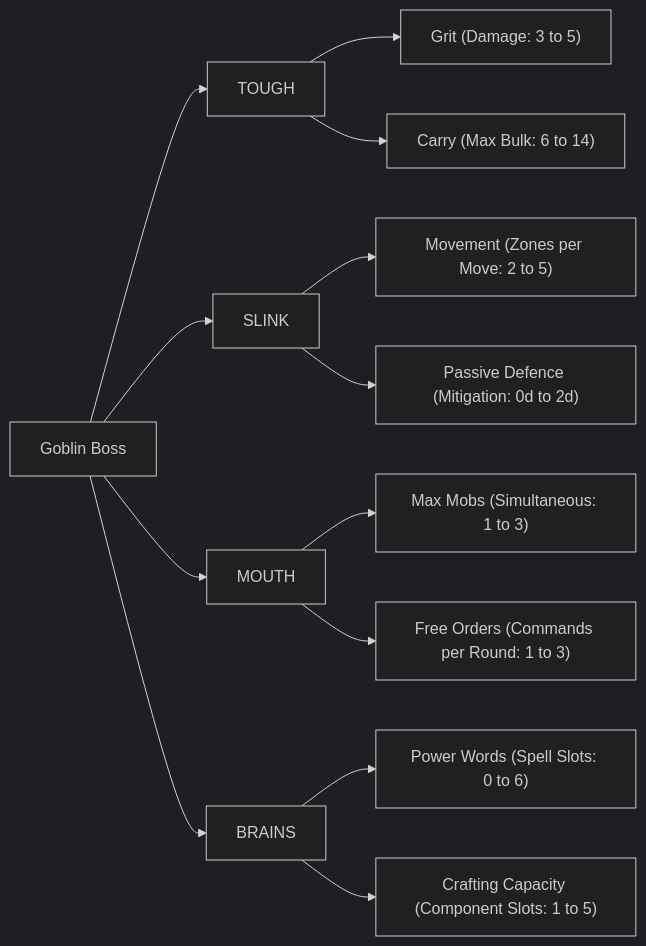
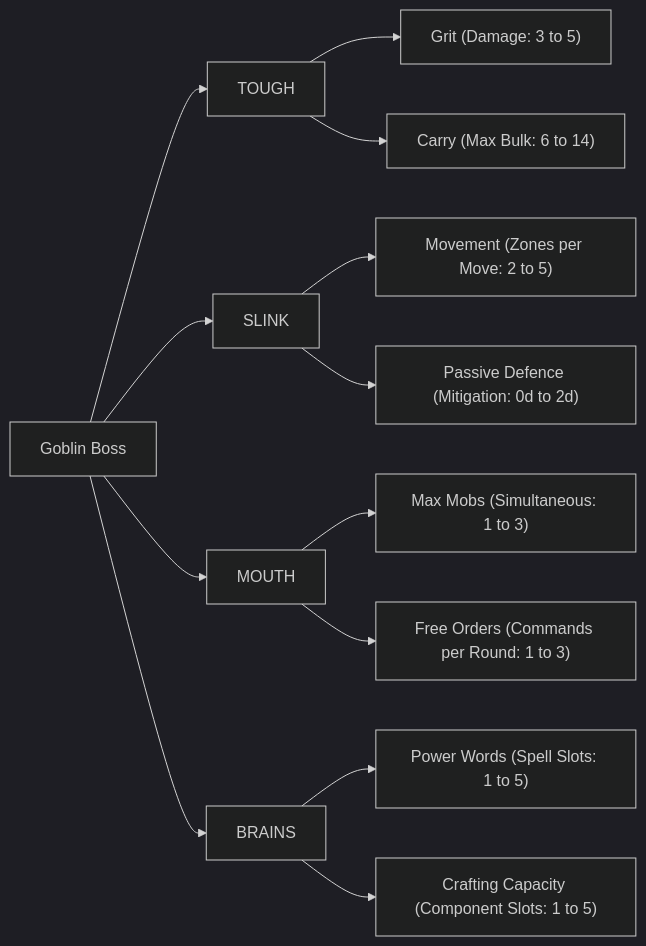
The first of 4 diagrams in 02_PROD_Core_Rules/02_Boss_Profile_and_Gang.md (antedev/gobbos), drawn with Mermaid (dark theme) before and after one commit. The commit also changed other lines of this file and 4 other files, not shown here.

````diff
--- a/02_PROD_Core_Rules/02_Boss_Profile_and_Gang.md
+++ b/02_PROD_Core_Rules/02_Boss_Profile_and_Gang.md
@@ -28,19 +28,19 @@
 ```mermaid
 flowchart LR
     BOSS["Goblin Boss"] --> T["TOUGH"]
     BOSS --> S["SLINK"]
     BOSS --> M["MOUTH"]
     BOSS --> B["BRAINS"]
     
     T --> T1["Grit (Damage: 3 to 5)"]
     T --> T2["Carry (Max Bulk: 6 to 14)"]
     
     S --> S1["Movement (Zones per Move: 2 to 5)"]
     S --> S2["Passive Defence (Mitigation: 0d to 2d)"]
     
     M --> M1["Max Mobs (Simultaneous: 1 to 3)"]
     M --> M2["Free Orders (Commands per Round: 1 to 3)"]
     
-    B --> F1["Power Words (Spell Slots: 0 to 6)"]
+    B --> F1["Power Words (Spell Slots: 1 to 5)"]
     B --> F2["Crafting Capacity (Component Slots: 1 to 5)"]
 ```
````
